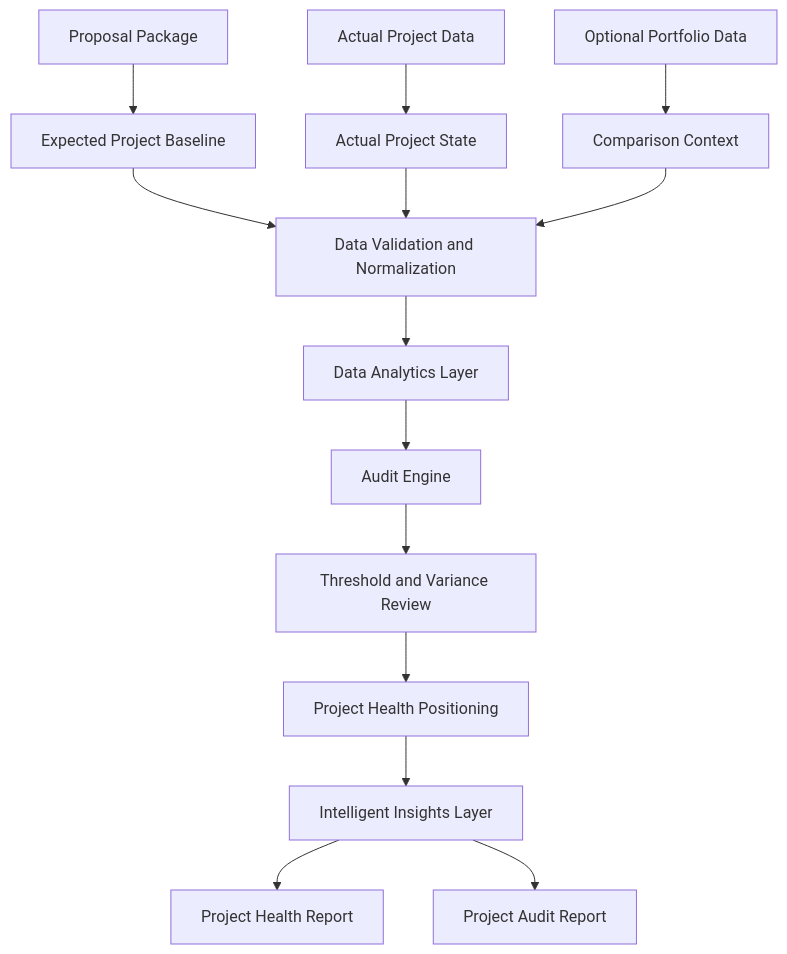
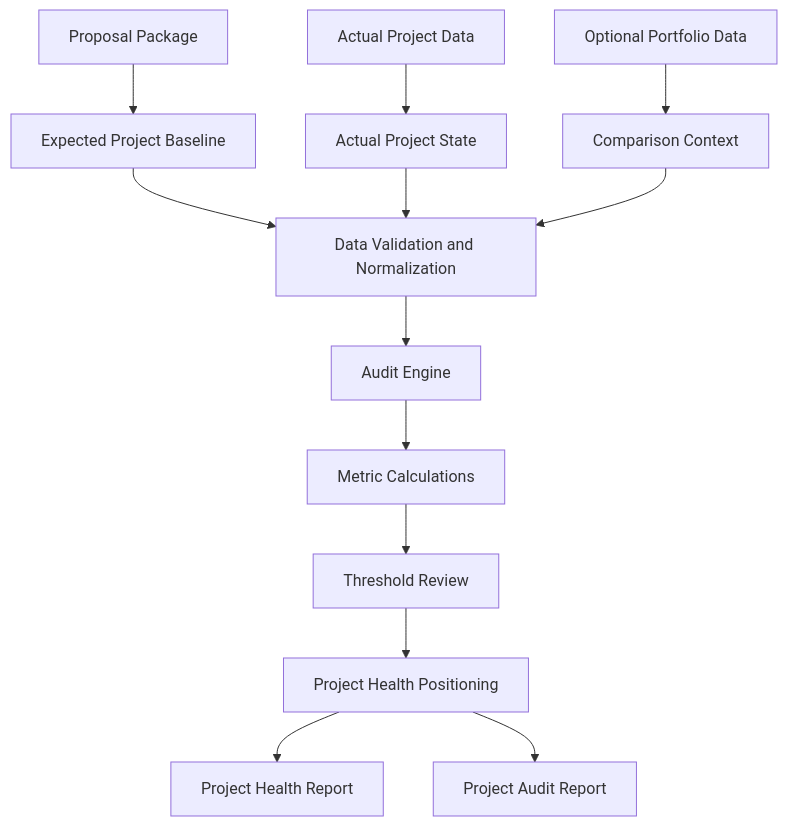
The diagram in docs/project-overview.md (meownager/epm-insights), drawn with Mermaid before and after one commit. The commit also changed other lines of this file, not shown here.

Commit message:
Revised project overview workflow

````diff
--- a/docs/project-overview.md
+++ b/docs/project-overview.md
@@ -81,16 +62,15 @@
 ```mermaid
 flowchart TD
     A[Proposal Package] --> B[Expected Project Baseline]
     C[Actual Project Data] --> D[Actual Project State]
     E[Optional Portfolio Data] --> F[Comparison Context]
     B --> G[Data Validation and Normalization]
     D --> G
     F --> G
-    G --> H[Data Analytics Layer]
-    H --> I[Audit Engine]
-    I --> J[Threshold and Variance Review]
+    G --> H[Audit Engine]
+    H --> I[Metric Calculations]
+    I --> J[Threshold Review]
     J --> K[Project Health Positioning]
-    K --> L[Intelligent Insights Layer]
-    L --> M[Project Health Report]
-    L --> N[Project Audit Report]
+    K --> L[Project Health Report]
+    K --> M[Project Audit Report]
 ```
````
